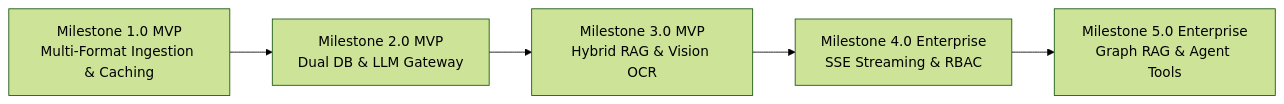
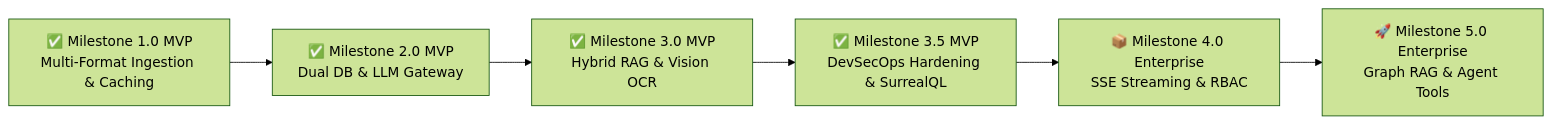
Before and after one commit to lucivskvn/AetherOmni: the second of 2 diagrams in README.md, drawn with Mermaid (forest theme). The commit also changed other lines of this file and 7 other files, not shown here.

First line of the commit message:
feat(devsecops): add SurrealQL validation, Python 3.13 container, fix run_checks.sh paths & sonar multi-lang

````diff
--- a/README.md
+++ b/README.md
@@ -206,7 +206,8 @@
 ```mermaid
 flowchart LR
-    M1["Milestone 1.0 MVP<br>Multi-Format Ingestion & Caching"] --> M2["Milestone 2.0 MVP<br>Dual DB & LLM Gateway"]
-    M2 --> M3["Milestone 3.0 MVP<br>Hybrid RAG & Vision OCR"]
-    M3 --> M4["Milestone 4.0 Enterprise<br>SSE Streaming & RBAC"]
-    M4 --> M5["Milestone 5.0 Enterprise<br>Graph RAG & Agent Tools"]
+    M1["✅ Milestone 1.0 MVP<br>Multi-Format Ingestion & Caching"] --> M2["✅ Milestone 2.0 MVP<br>Dual DB & LLM Gateway"]
+    M2 --> M3["✅ Milestone 3.0 MVP<br>Hybrid RAG & Vision OCR"]
+    M3 --> M35["✅ Milestone 3.5 MVP<br>DevSecOps Hardening & SurrealQL"]
+    M35 --> M4["📦 Milestone 4.0 Enterprise<br>SSE Streaming & RBAC"]
+    M4 --> M5["🚀 Milestone 5.0 Enterprise<br>Graph RAG & Agent Tools"]
 ```
````
